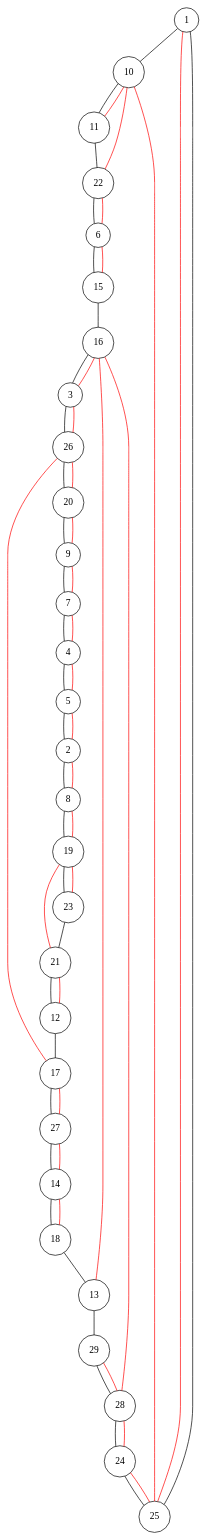
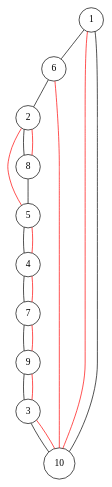
Before and after one commit to lugot/tsp-approximation: the diagram in data_generated/random1012484/random1012484.100.dot, drawn with Graphviz. The commit also changed 45 other files, not shown here.

```diff
--- a/data_generated/random1012484/random1012484.100.dot
+++ b/data_generated/random1012484/random1012484.100.dot
@@ -1,90 +1,33 @@
 graph random1012484 {
 	node [shape=circle fillcolor=white]
 	1 [ pos = "0.667158,3.291296!"]
 	2 [ pos = "17.711670,14.948317!"]
 	3 [ pos = "8.457189,7.426452!"]
 	4 [ pos = "20.000000,12.982976!"]
 	5 [ pos = "19.648191,15.435664!"]
 	6 [ pos = "3.204100,11.130648!"]
 	7 [ pos = "18.055529,12.025427!"]
 	8 [ pos = "13.760635,15.675307!"]
 	9 [ pos = "16.573455,9.454567!"]
 	10 [ pos = "2.087824,7.511968!"]
-	11 [ pos = "4.439135,8.397395!"]
-	12 [ pos = "13.074147,19.931845!"]
-	13 [ pos = "8.711208,2.990664!"]
-	14 [ pos = "14.859308,3.850754!"]
-	15 [ pos = "3.377204,11.441336!"]
-	16 [ pos = "8.033593,4.044362!"]
-	17 [ pos = "14.732632,4.742245!"]
-	18 [ pos = "18.992679,2.186805!"]
-	19 [ pos = "12.168697,17.989661!"]
-	20 [ pos = "15.169780,10.813870!"]
-	21 [ pos = "12.422308,18.373880!"]
-	22 [ pos = "0.941501,9.474820!"]
-	23 [ pos = "9.396290,14.702136!"]
-	24 [ pos = "4.147110,4.966727!"]
-	25 [ pos = "3.153685,6.234934!"]
-	26 [ pos = "12.478694,7.592820!"]
-	27 [ pos = "14.632329,4.549824!"]
-	28 [ pos = "6.521647,2.340520!"]
-	29 [ pos = "7.540489,0.377938!"]
 
-	29 -- 28 [color = black]
-	28 -- 24 [color = black]
-	24 -- 25 [color = black]
-	25 -- 1 [color = black]
-	1 -- 10 [color = black]
-	10 -- 11 [color = black]
-	11 -- 22 [color = black]
-	22 -- 6 [color = black]
-	6 -- 15 [color = black]
-	15 -- 16 [color = black]
-	16 -- 3 [color = black]
-	3 -- 26 [color = black]
-	26 -- 20 [color = black]
-	20 -- 9 [color = black]
-	9 -- 7 [color = black]
-	7 -- 4 [color = black]
-	4 -- 5 [color = black]
-	5 -- 2 [color = black]
+	5 -- 4 [color = black]
+	4 -- 7 [color = black]
+	7 -- 9 [color = black]
+	9 -- 3 [color = black]
+	3 -- 10 [color = black]
+	10 -- 1 [color = black]
+	1 -- 6 [color = black]
+	6 -- 2 [color = black]
 	2 -- 8 [color = black]
-	8 -- 19 [color = black]
-	19 -- 23 [color = black]
-	23 -- 21 [color = black]
-	21 -- 12 [color = black]
-	12 -- 17 [color = black]
-	17 -- 27 [color = black]
-	27 -- 14 [color = black]
-	14 -- 18 [color = black]
-	18 -- 13 [color = black]
-	13 -- 29 [color = black]
-	1 -- 25 [color = red]
+	8 -- 5 [color = black]
+	1 -- 10 [color = red]
 	2 -- 5 [color = red]
 	2 -- 8 [color = red]
-	3 -- 16 [color = red]
-	3 -- 26 [color = red]
+	3 -- 10 [color = red]
+	3 -- 9 [color = red]
 	4 -- 7 [color = red]
 	4 -- 5 [color = red]
-	6 -- 15 [color = red]
-	6 -- 22 [color = red]
+	6 -- 10 [color = red]
 	7 -- 9 [color = red]
-	8 -- 19 [color = red]
-	9 -- 20 [color = red]
-	10 -- 25 [color = red]
-	10 -- 22 [color = red]
-	10 -- 11 [color = red]
-	12 -- 21 [color = red]
-	13 -- 16 [color = red]
-	14 -- 27 [color = red]
-	14 -- 18 [color = red]
-	16 -- 28 [color = red]
-	17 -- 27 [color = red]
-	17 -- 26 [color = red]
-	19 -- 21 [color = red]
-	19 -- 23 [color = red]
-	20 -- 26 [color = red]
-	24 -- 25 [color = red]
-	24 -- 28 [color = red]
-	28 -- 29 [color = red]
 }
```
